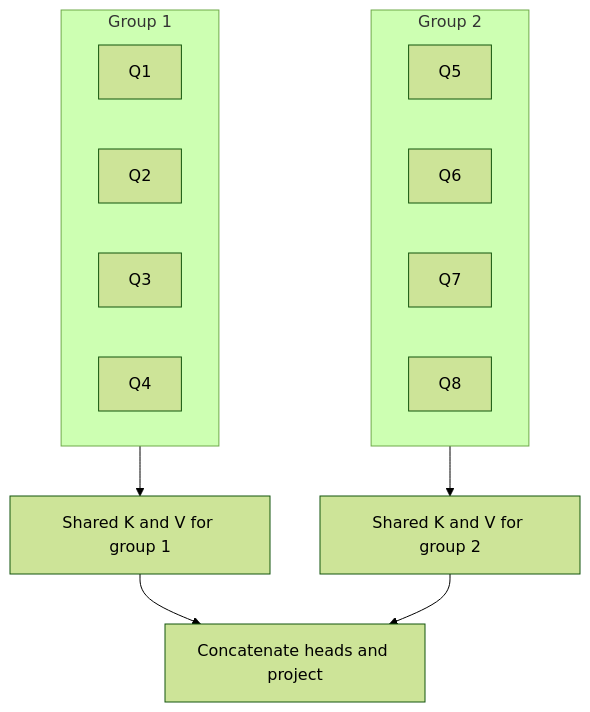
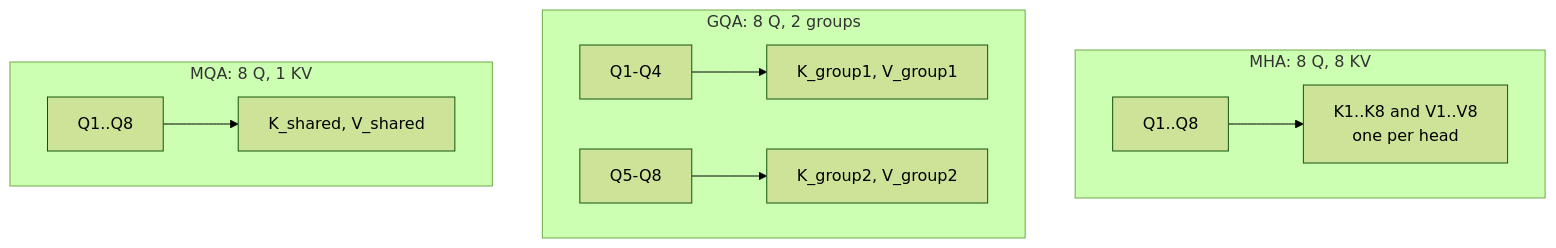
Before and after one commit to kaisarnajar/outcome-school-blogs: the first of 2 diagrams in notes/step-05-modern-llm-architecture/072-grouped-query-attention.md, drawn with Mermaid (forest theme). The commit also changed other lines of this file and 233 other files, not shown here.

````diff
--- a/notes/step-05-modern-llm-architecture/072-grouped-query-attention.md
+++ b/notes/step-05-modern-llm-architecture/072-grouped-query-attention.md
@@ -47,19 +67,16 @@
 ```mermaid
 flowchart TD
-    subgraph G1["Group 1"]
-        Q1["Q1"]
-        Q2["Q2"]
-        Q3["Q3"]
-        Q4["Q4"]
+    subgraph MH["MHA: 8 Q, 8 KV"]
+        direction LR
+        q1["Q1..Q8"] --> k1["K1..K8 and V1..V8<br/>one per head"]
     end
-    subgraph G2["Group 2"]
-        Q5["Q5"]
-        Q6["Q6"]
-        Q7["Q7"]
-        Q8["Q8"]
+    subgraph GQ["GQA: 8 Q, 2 groups"]
+        direction LR
+        qa["Q1-Q4"] --> ka["K_group1, V_group1"]
+        qb["Q5-Q8"] --> kb["K_group2, V_group2"]
     end
-    G1 --> KV1["Shared K and V for group 1"]
-    G2 --> KV2["Shared K and V for group 2"]
-    KV1 --> C["Concatenate heads and project"]
-    KV2 --> C
+    subgraph MQ["MQA: 8 Q, 1 KV"]
+        direction LR
+        qm["Q1..Q8"] --> km["K_shared, V_shared"]
+    end
 ```
````
